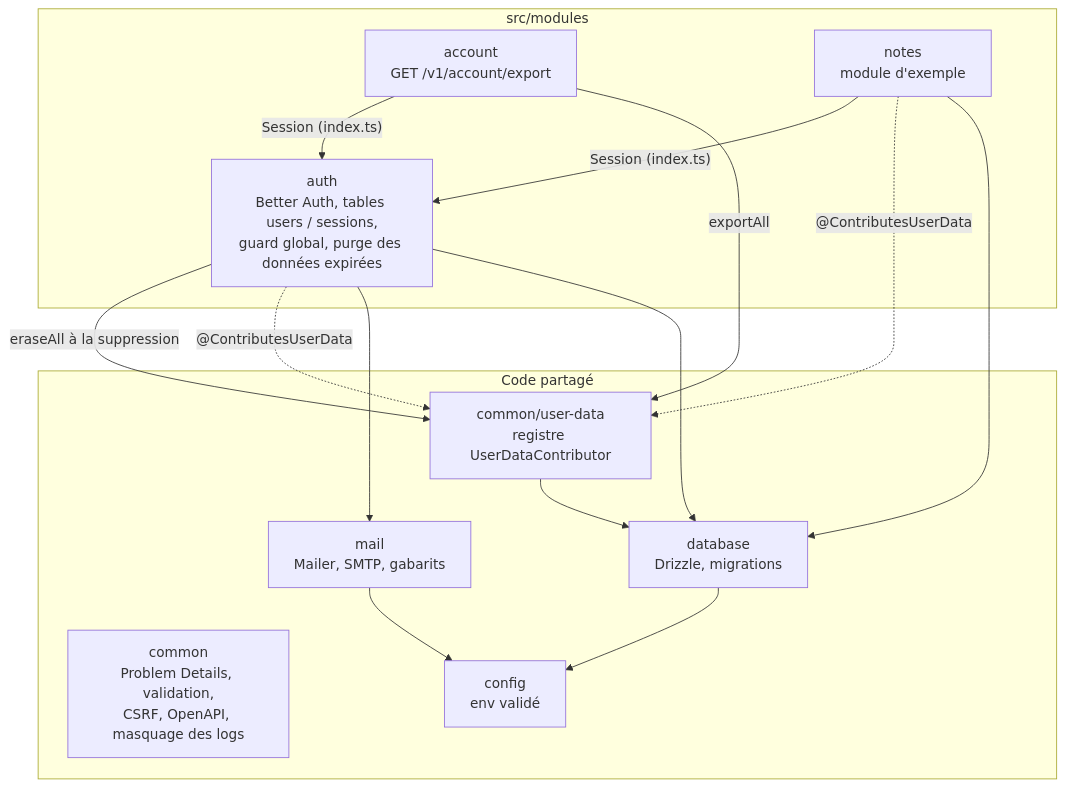
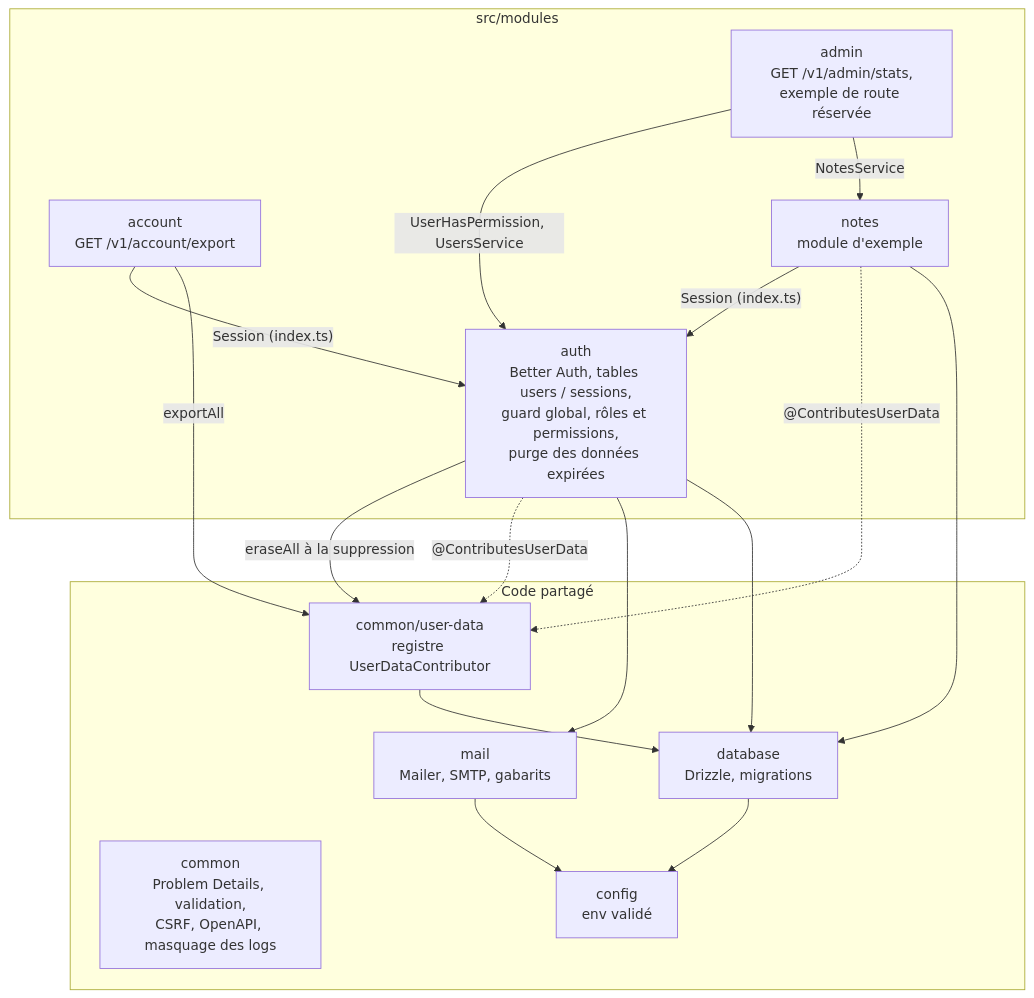
The fifth of 10 diagrams in docs/architecture.md (soodidi/engineering-guidelines), drawn with Mermaid before and after one commit. The commit also changed other lines of this file and 4 other files, not shown here.

First line of the commit message:
docs: record the API roles and permissions, add the first-admin step and the admin module (#39)

````diff
--- a/docs/architecture.md
+++ b/docs/architecture.md
@@ -122,25 +122,28 @@
 ```mermaid
 flowchart TB
   subgraph modules["src/modules"]
-    AUTH["auth<br/>Better Auth, tables users / sessions,<br/>guard global, purge des données expirées"]
+    AUTH["auth<br/>Better Auth, tables users / sessions,<br/>guard global, rôles et permissions,<br/>purge des données expirées"]
     ACC["account<br/>GET /v1/account/export"]
     NOTES["notes<br/>module d'exemple"]
+    ADMIN["admin<br/>GET /v1/admin/stats,<br/>exemple de route réservée"]
   end
   subgraph shared["Code partagé"]
     UD["common/user-data<br/>registre UserDataContributor"]
     COMMON["common<br/>Problem Details, validation,<br/>CSRF, OpenAPI, masquage des logs"]
     MAIL["mail<br/>Mailer, SMTP, gabarits"]
     DB["database<br/>Drizzle, migrations"]
     CFG["config<br/>env validé"]
   end
 
   NOTES -- "Session (index.ts)" --> AUTH
+  ADMIN -- "UserHasPermission, UsersService" --> AUTH
+  ADMIN -- "NotesService" --> NOTES
   ACC -- "Session (index.ts)" --> AUTH
   ACC -- "exportAll" --> UD
   AUTH -- "eraseAll à la suppression" --> UD
   NOTES -. "@ContributesUserData" .-> UD
   AUTH -. "@ContributesUserData" .-> UD
   AUTH --> MAIL
   AUTH & NOTES & UD --> DB
   MAIL & DB --> CFG
 ```
````
